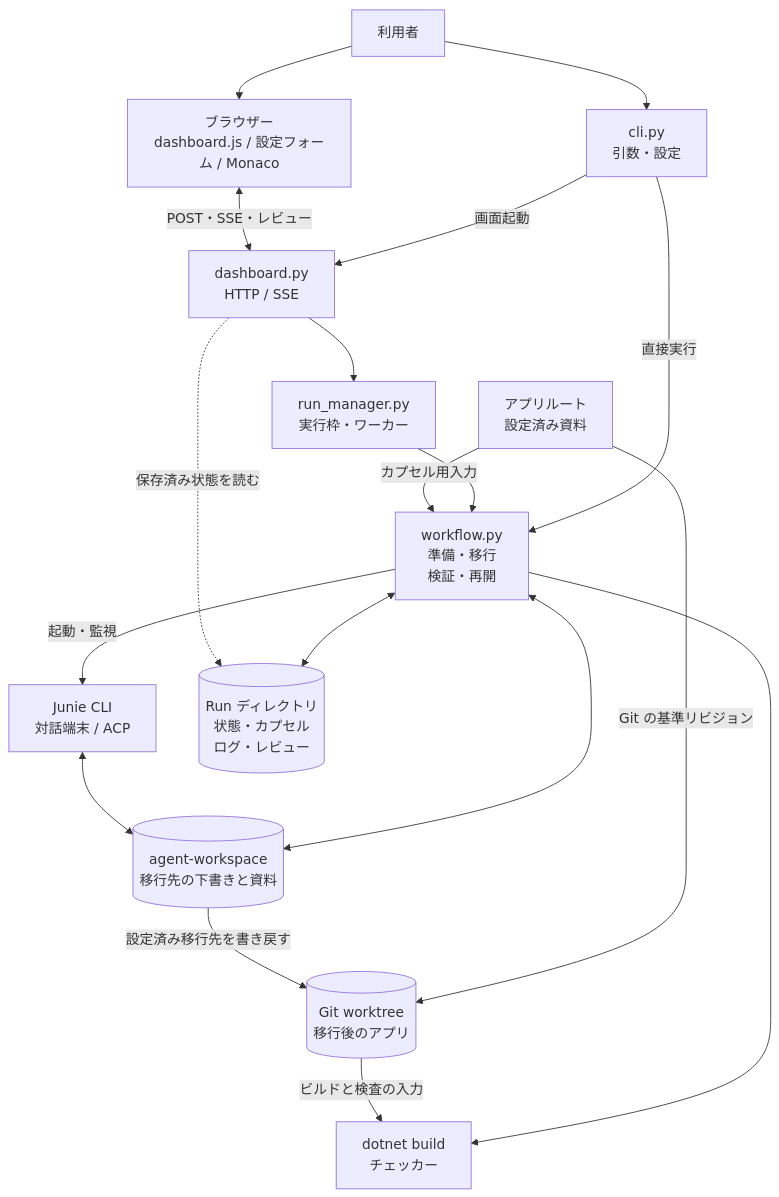
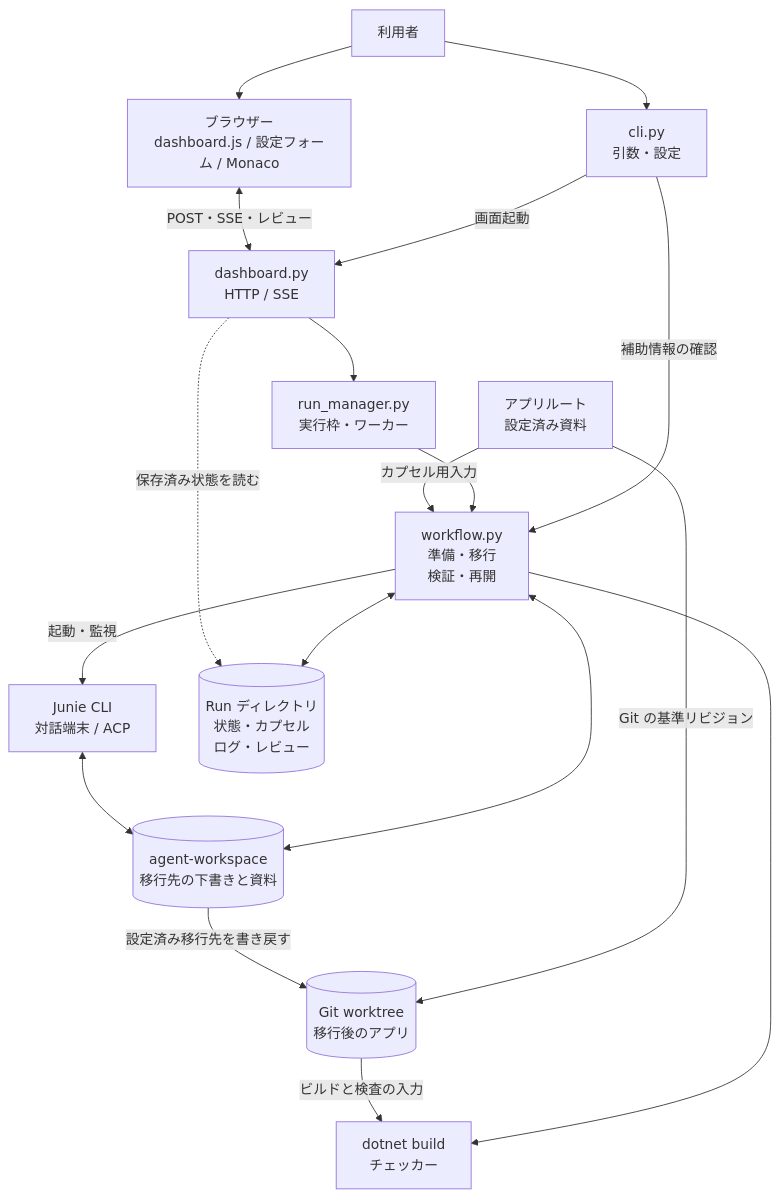
One commit to SSsan-00/moca changed the second of 8 diagrams in docs/architecture.md. Above: the diagram before and after it, drawn with Mermaid. The commit also changed other lines of this file and 44 other files, not shown here.

````diff
--- a/docs/architecture.md
+++ b/docs/architecture.md
@@ -158,32 +158,32 @@
 ```mermaid
 flowchart TD
     User["利用者"]
     CLI["cli.py<br/>引数・設定"]
     UI["ブラウザー<br/>dashboard.js / 設定フォーム / Monaco"]
     HTTP["dashboard.py<br/>HTTP / SSE"]
     Manager["run_manager.py<br/>実行枠・ワーカー"]
     Flow["workflow.py<br/>準備・移行<br/>検証・再開"]
     Input["アプリルート<br/>設定済み資料"]
     Junie["Junie CLI<br/>対話端末 / ACP"]
     Verify["dotnet build<br/>チェッカー"]
     Record[("Run ディレクトリ<br/>状態・カプセル<br/>ログ・レビュー")]
     Agent[("agent-workspace<br/>移行先の下書きと資料")]
     Tree[("Git worktree<br/>移行後のアプリ")]
 
     User --> CLI
     User --> UI
-    CLI -->|直接実行| Flow
+    CLI -->|補助情報の確認| Flow
     CLI -->|画面起動| HTTP
     UI <-->|POST・SSE・レビュー| HTTP
     HTTP --> Manager --> Flow
     Input -->|カプセル用入力| Flow
     Input -->|Git の基準リビジョン| Tree
     Flow <--> Record
     Flow <--> Agent
     Junie <--> Agent
     Flow -->|起動・監視| Junie
     Agent -->|設定済み移行先を書き戻す| Tree
     Flow --> Verify
     Tree -->|ビルドと検査の入力| Verify
     HTTP -.->|保存済み状態を読む| Record
 ```
````
